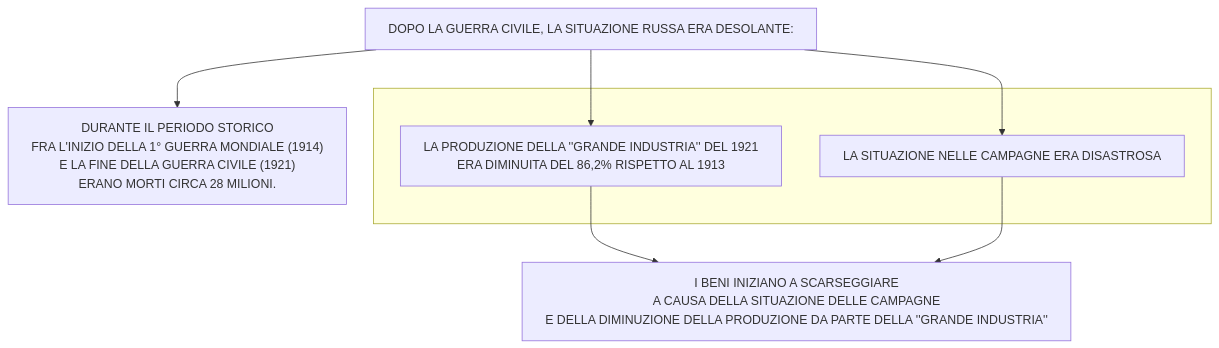
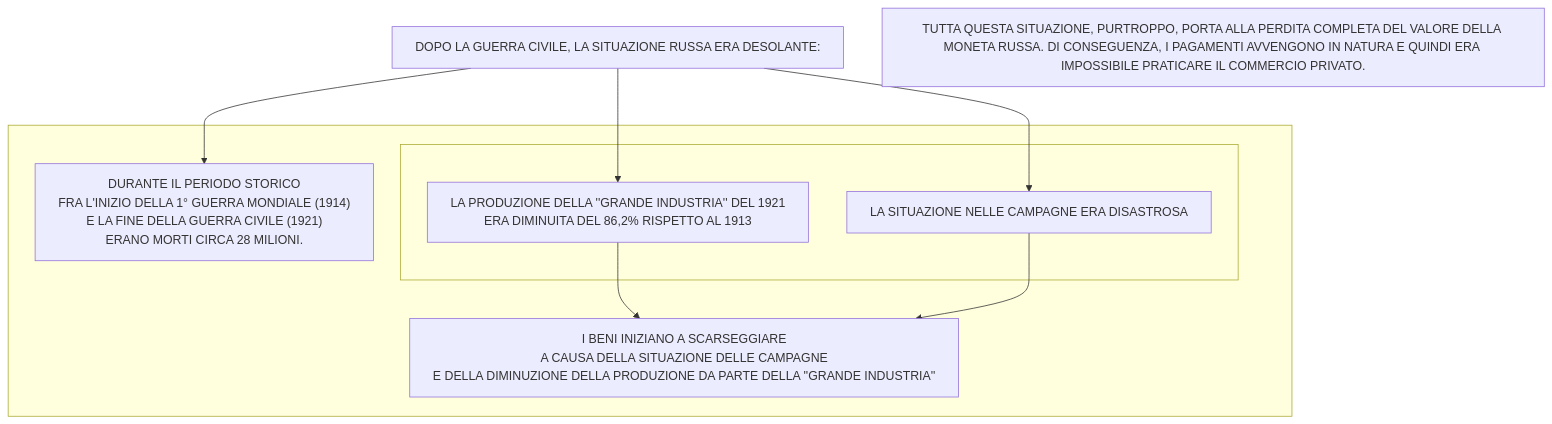
The tenth of 10 diagrams in stalinismoRiscrittura.md (Laaouatni/ricerca-storia-MermaidJS), drawn with Mermaid before and after one commit.

````diff
--- a/stalinismoRiscrittura.md
+++ b/stalinismoRiscrittura.md
@@ -176,13 +176,16 @@
 ```mermaid
 %%{init: { "flowchart": { "wrappingWidth": 800 } }}%%
 flowchart TB
   0[DOPO LA GUERRA CIVILE, LA SITUAZIONE RUSSA ERA DESOLANTE:]
-  1["DURANTE IL PERIODO STORICO <br> FRA L'INIZIO DELLA 1° GUERRA MONDIALE (1914) <br>E LA FINE DELLA GUERRA CIVILE (1921) <br> ERANO MORTI CIRCA 28 MILIONI."]
-  subgraph 4[" "]
-    2[LA PRODUZIONE DELLA ''GRANDE INDUSTRIA'' DEL 1921 <br>ERA DIMINUITA DEL 86,2% RISPETTO AL 1913]
-    3[LA SITUAZIONE NELLE CAMPAGNE ERA DISASTROSA]
+  subgraph 6[" "]
+    1["DURANTE IL PERIODO STORICO <br> FRA L'INIZIO DELLA 1° GUERRA MONDIALE (1914) <br>E LA FINE DELLA GUERRA CIVILE (1921) <br> ERANO MORTI CIRCA 28 MILIONI."]
+    subgraph 4[" "]
+      2[LA PRODUZIONE DELLA ''GRANDE INDUSTRIA'' DEL 1921 <br>ERA DIMINUITA DEL 86,2% RISPETTO AL 1913]
+      3[LA SITUAZIONE NELLE CAMPAGNE ERA DISASTROSA]
+    end
+    5[I BENI INIZIANO A SCARSEGGIARE <BR> A CAUSA DELLA SITUAZIONE DELLE CAMPAGNE <BR>E DELLA DIMINUZIONE DELLA PRODUZIONE DA PARTE DELLA ''GRANDE INDUSTRIA'']
   end
-  5[I BENI INIZIANO A SCARSEGGIARE <BR> A CAUSA DELLA SITUAZIONE DELLE CAMPAGNE <BR>E DELLA DIMINUZIONE DELLA PRODUZIONE DA PARTE DELLA ''GRANDE INDUSTRIA'']
   0 --> 1 & 2 & 3
   2 & 3 --> 5
+  7[TUTTA QUESTA SITUAZIONE, PURTROPPO, PORTA ALLA PERDITA COMPLETA DEL VALORE DELLA MONETA RUSSA. DI CONSEGUENZA, I PAGAMENTI AVVENGONO IN NATURA E QUINDI ERA IMPOSSIBILE PRATICARE IL COMMERCIO PRIVATO.]
 ```
````
